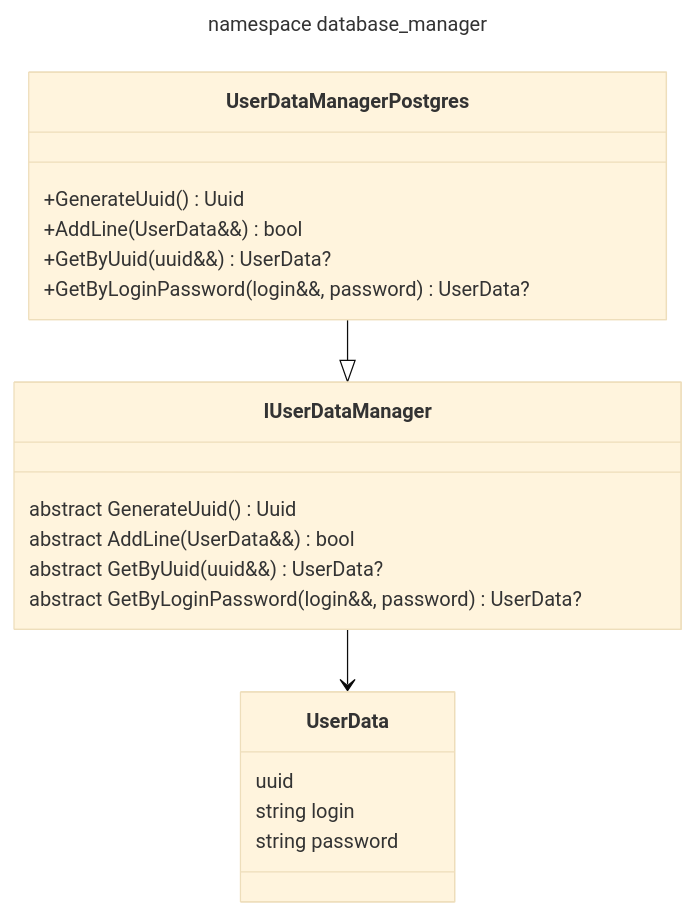
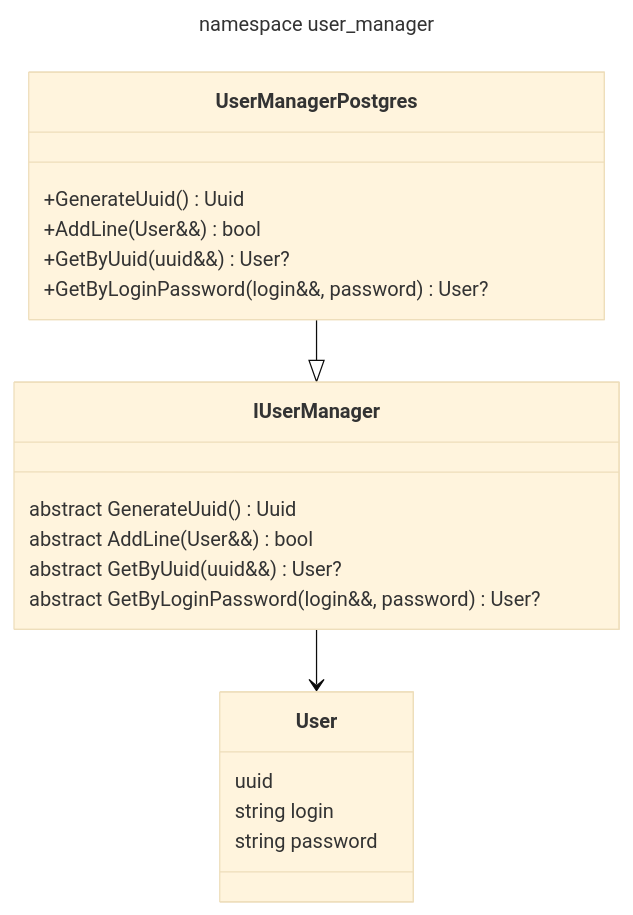
Before and after one commit to LeeDoor/game_webserver: the diagram in docs/database_manager.md, drawn with Mermaid (base theme). The commit also changed other lines of this file and 59 other files, not shown here.

Commit message:
database user renaming

````diff
--- a/docs/database_manager.md
+++ b/docs/database_manager.md
@@ -13,29 +13,29 @@
 ```mermaid
 ---
-title: namespace database_manager
+title: namespace user_manager
 ---
 classDiagram
 
-class UserData {
+class User {
     uuid
     string login
     string password
 }
 
-class IUserDataManager {
+class IUserManager {
     abstract GenerateUuid() Uuid
-    abstract AddLine(UserData&&) bool
-    abstract GetByUuid(uuid&&) UserData?
-    abstract GetByLoginPassword(login&&, password) UserData?
+    abstract AddLine(User&&) bool
+    abstract GetByUuid(uuid&&) User?
+    abstract GetByLoginPassword(login&&, password) User?
 }
 
-class UserDataManagerPostgres {
+class UserManagerPostgres {
     +GenerateUuid() Uuid
-    +AddLine(UserData&&) bool
-    +GetByUuid(uuid&&) UserData?
-    +GetByLoginPassword(login&&, password) UserData?
+    +AddLine(User&&) bool
+    +GetByUuid(uuid&&) User?
+    +GetByLoginPassword(login&&, password) User?
 }
 
-UserDataManagerPostgres --|> IUserDataManager
-IUserDataManager --> UserData
+UserManagerPostgres --|> IUserManager
+IUserManager --> User
 ```
````
